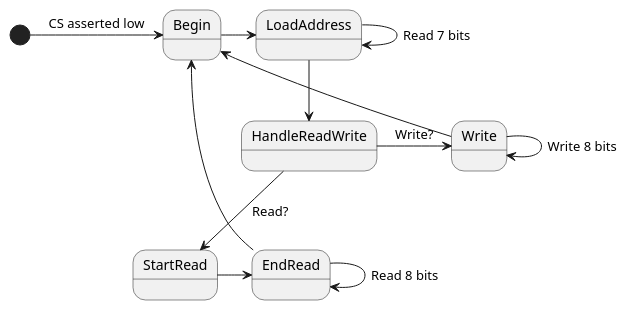
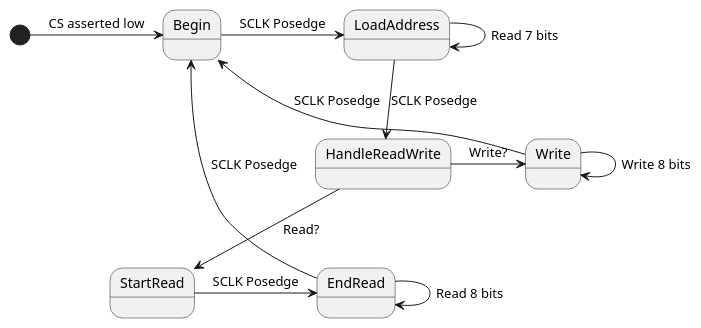
Before and after one commit to concavegit/SPI: the diagram in res/fsm.plantuml, drawn with PlantUML. The commit also changed 2 other files, not shown here.

Commit message:
New state diagram

```diff
--- a/res/fsm.plantuml
+++ b/res/fsm.plantuml
@@ -1,13 +1,13 @@
 @startuml
 [*] -> Begin : CS asserted low
-Begin -> LoadAddress
+Begin -> LoadAddress : SCLK Posedge
 LoadAddress -> LoadAddress : Read 7 bits
-LoadAddress --> HandleReadWrite
+LoadAddress --> HandleReadWrite : SCLK Posedge
 HandleReadWrite --> StartRead : Read?
-StartRead -> EndRead
+StartRead -> EndRead : SCLK Posedge
 HandleReadWrite -> Write : Write?
 Write -> Write : Write 8 bits
-EndRead --> Begin
+EndRead --> Begin : SCLK Posedge
 EndRead -> EndRead : Read 8 bits
-Write --> Begin
+Write --> Begin : SCLK Posedge
 @enduml
```
